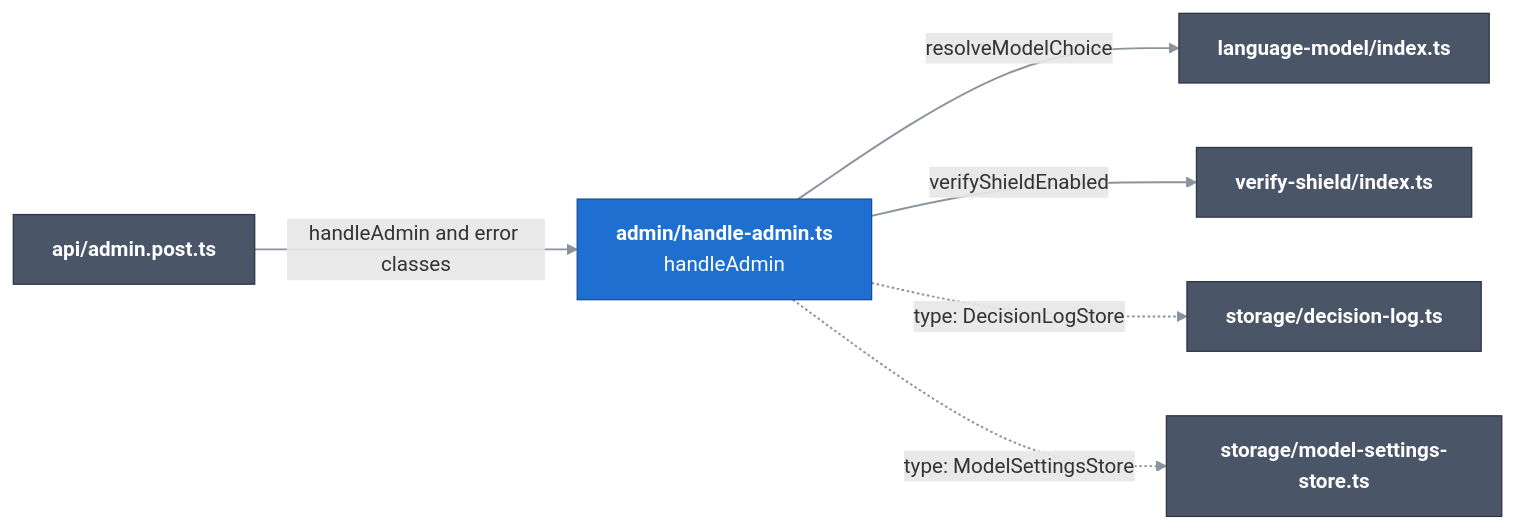
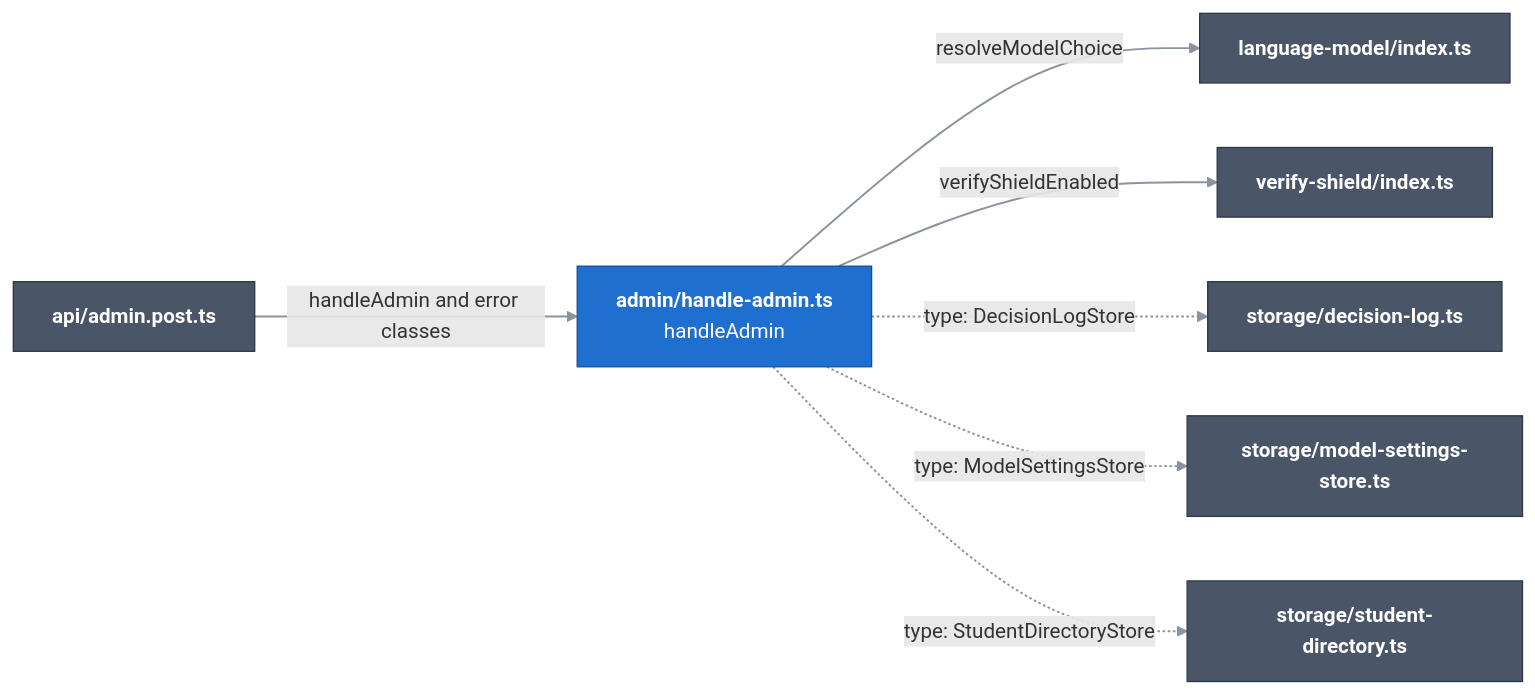
Before and after one commit to Bill2926/COS40005_HN9_Verifiable_Co-Learner_Agent: the diagram in docs/c4/03-components/server/09-admin.md, drawn with Mermaid. The commit also changed other lines of this file and 20 other files, not shown here.

````diff
--- a/docs/c4/03-components/server/09-admin.md
+++ b/docs/c4/03-components/server/09-admin.md
@@ -10,19 +11,21 @@
 ```mermaid
 flowchart LR
   classDef comp fill:#1f6fd0,stroke:#164f96,color:#ffffff
   classDef near fill:#4a5568,stroke:#2d3748,color:#ffffff
   linkStyle default stroke:#8b949e,stroke-width:1.5px
 
   route["<b>api/admin.post.ts</b>"]:::near
   handle["<b>admin/handle-admin.ts</b><br/>handleAdmin"]:::comp
   choice["<b>language-model/index.ts</b>"]:::near
   shield["<b>verify-shield/index.ts</b>"]:::near
   decisionLog["<b>storage/decision-log.ts</b>"]:::near
   settings["<b>storage/model-settings-store.ts</b>"]:::near
+  directory["<b>storage/student-directory.ts</b>"]:::near
 
   route -->|"handleAdmin and error classes"| handle
   handle -->|"resolveModelChoice"| choice
   handle -->|"verifyShieldEnabled"| shield
   handle -.->|"type: DecisionLogStore"| decisionLog
   handle -.->|"type: ModelSettingsStore"| settings
+  handle -.->|"type: StudentDirectoryStore"| directory
 ```
````
